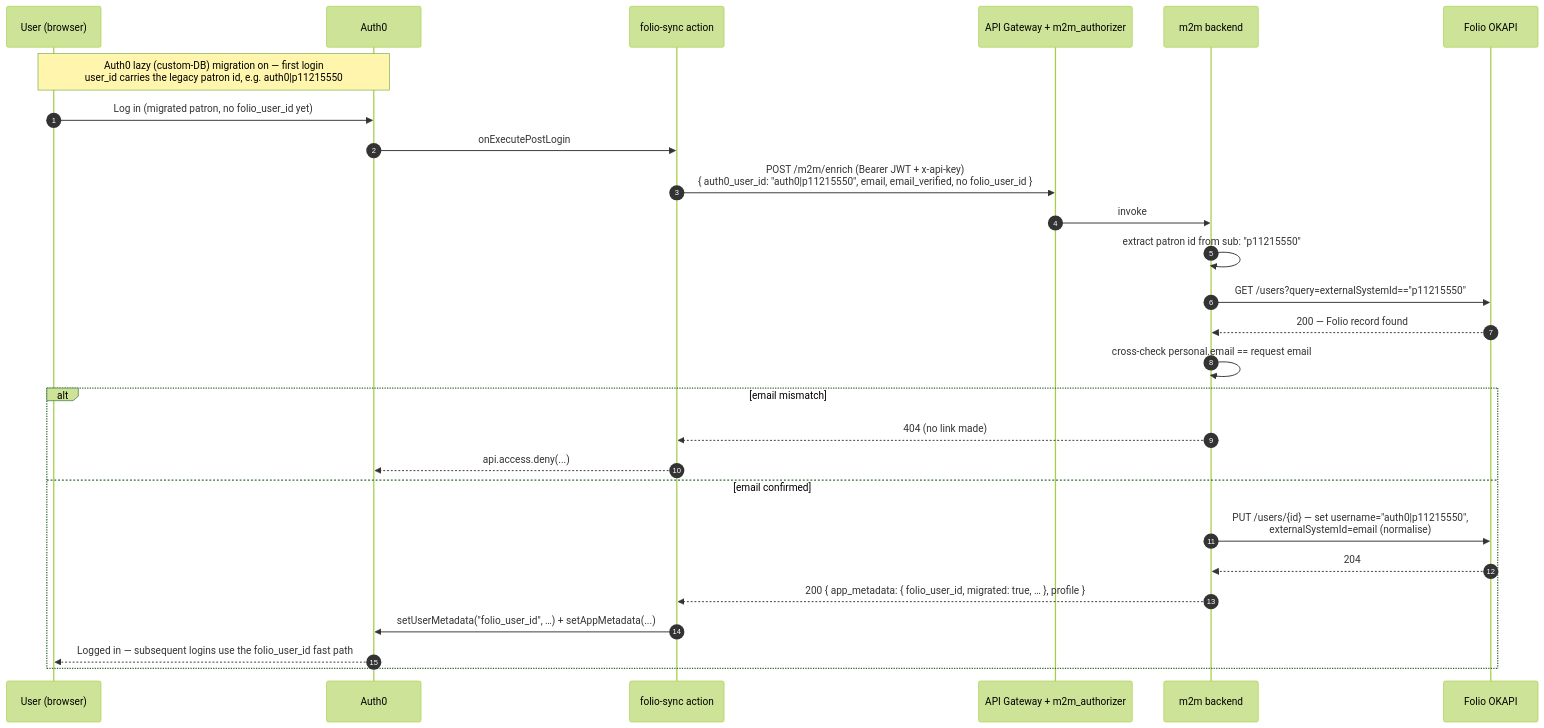
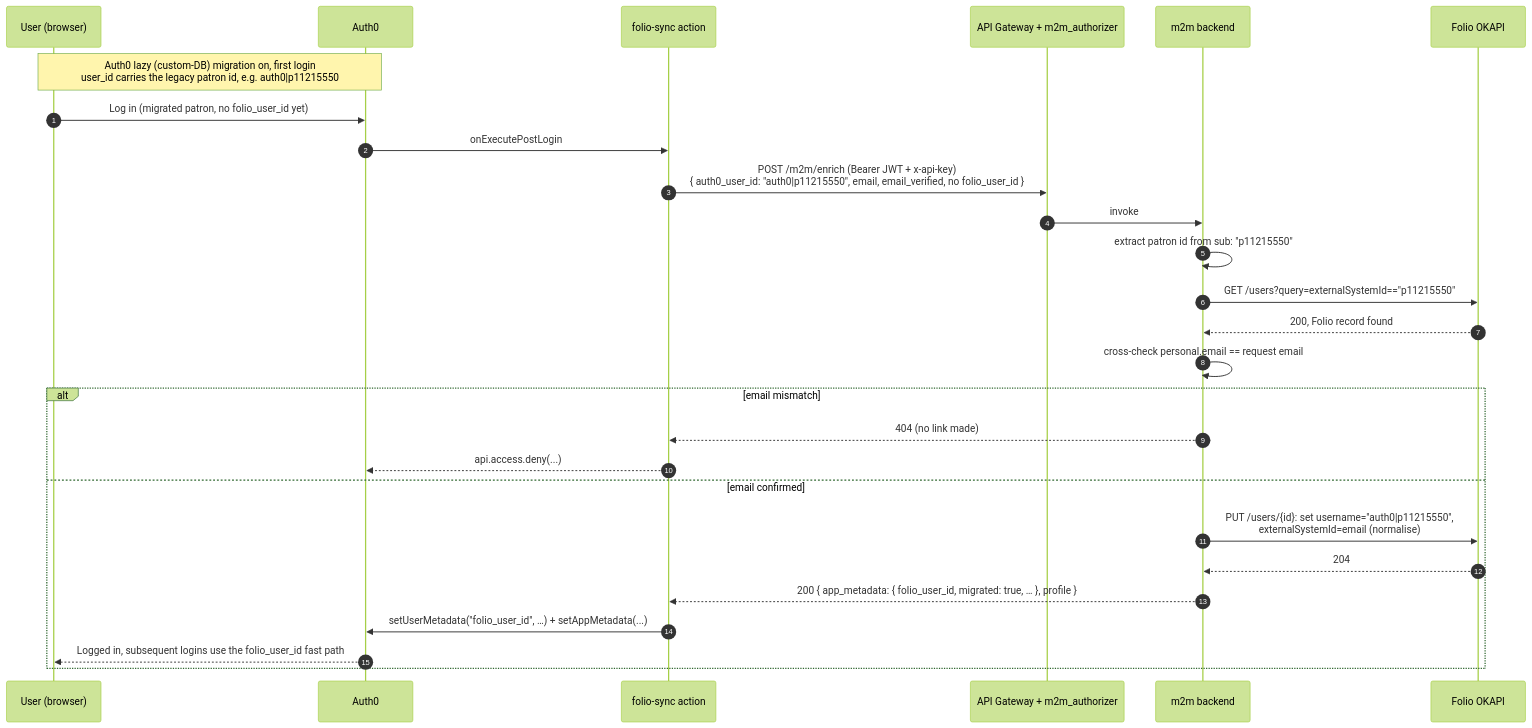
Before and after one commit to wellcomecollection/docs: the fourth of 5 diagrams in rfcs/088-folio-identity-requesting-migration/README.md, drawn with Mermaid (forest theme). The commit also changed other lines of this file and 4 other files, not shown here.

````diff
--- a/rfcs/088-folio-identity-requesting-migration/README.md
+++ b/rfcs/088-folio-identity-requesting-migration/README.md
@@ -270,30 +270,30 @@
 ```mermaid
 sequenceDiagram
   autonumber
   participant U as User (browser)
   participant A0 as Auth0
   participant POST as folio-sync action
   participant GW as API Gateway + m2m_authorizer
   participant L as m2m backend
   participant F as Folio OKAPI
 
-  Note over U,A0: Auth0 lazy (custom-DB) migration on — first login<br/>user_id carries the legacy patron id, e.g. auth0|p11215550
+  Note over U,A0: Auth0 lazy (custom-DB) migration on, first login<br/>user_id carries the legacy patron id, e.g. auth0|p11215550
   U->>A0: Log in (migrated patron, no folio_user_id yet)
   A0->>POST: onExecutePostLogin
   POST->>GW: POST /m2m/enrich (Bearer JWT + x-api-key)<br/>{ auth0_user_id: "auth0|p11215550", email, email_verified, no folio_user_id }
   GW->>L: invoke
   L->>L: extract patron id from sub: "p11215550"
   L->>F: GET /users?query=externalSystemId=="p11215550"
-  F-->>L: 200 — Folio record found
+  F-->>L: 200, Folio record found
   L->>L: cross-check personal.email == request email
   alt email mismatch
     L-->>POST: 404 (no link made)
     POST-->>A0: api.access.deny(...)
   else email confirmed
-    L->>F: PUT /users/{id} — set username="auth0|p11215550",<br/>externalSystemId=email (normalise)
+    L->>F: PUT /users/{id}: set username="auth0|p11215550",<br/>externalSystemId=email (normalise)
     F-->>L: 204
     L-->>POST: 200 { app_metadata: { folio_user_id, migrated: true, … }, profile }
     POST->>A0: setUserMetadata("folio_user_id", …) + setAppMetadata(...)
-    A0-->>U: Logged in — subsequent logins use the folio_user_id fast path
+    A0-->>U: Logged in, subsequent logins use the folio_user_id fast path
   end
 ```
````
